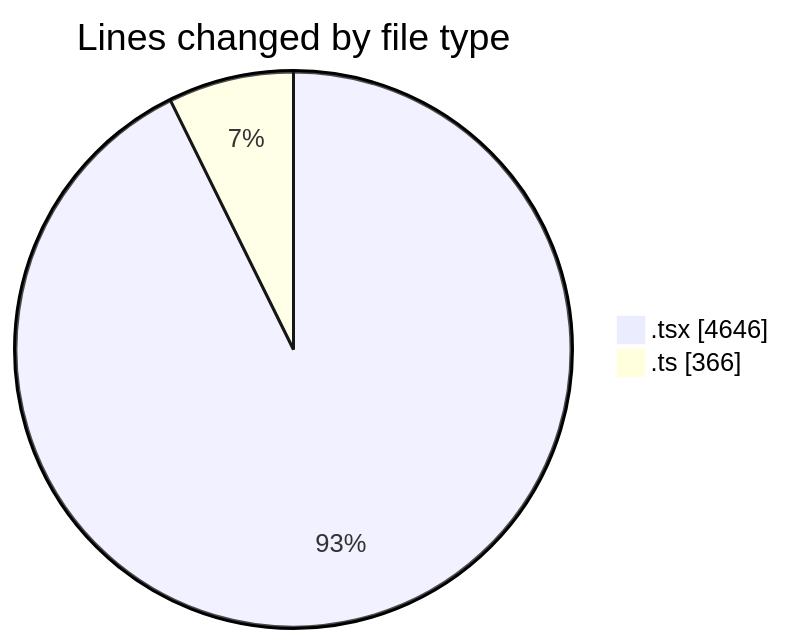
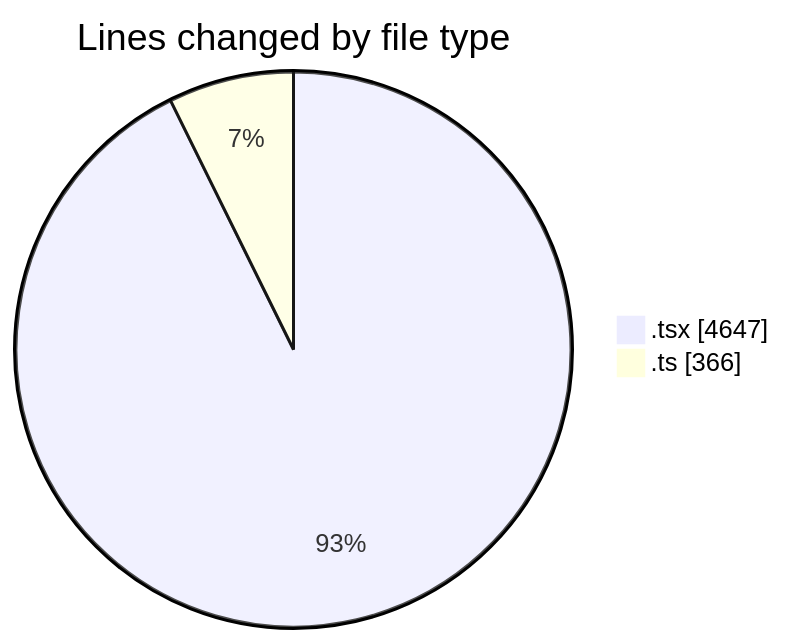
The first of 2 diagrams in 2026-03-15/nxtqube_webapp/README.md (nxtqubesakshisongat/code-tracking), drawn with Mermaid before and after one commit. The commit also changed other lines of this file and 1 other file, not shown here.

````diff
--- a/2026-03-15/nxtqube_webapp/README.md
+++ b/2026-03-15/nxtqube_webapp/README.md
@@ -25,6 +25,6 @@
 ```mermaid
 pie showData
 title Lines changed by file type
-".tsx" : 4646
+".tsx" : 4647
 ".ts" : 366
 ```
````
